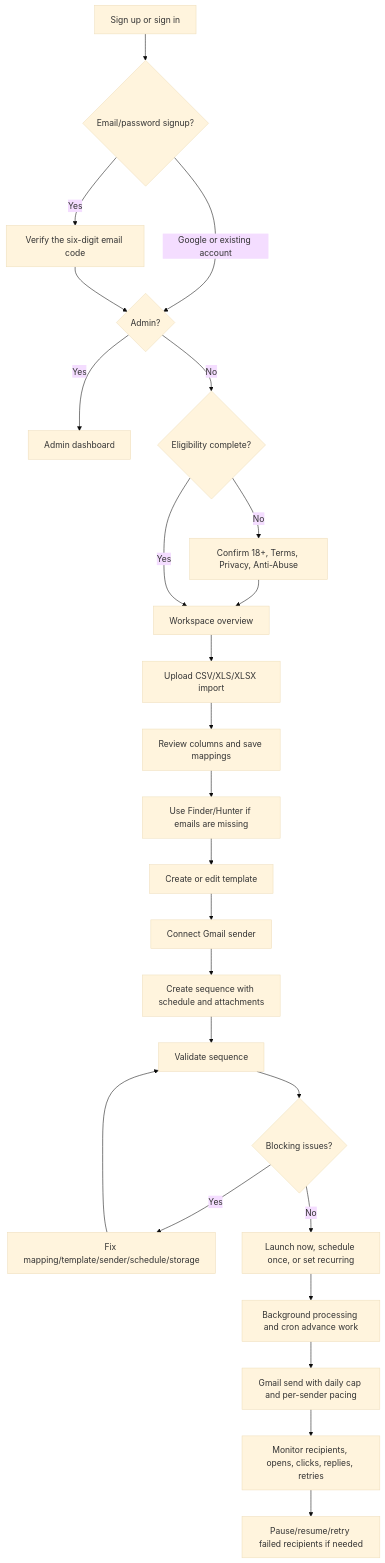
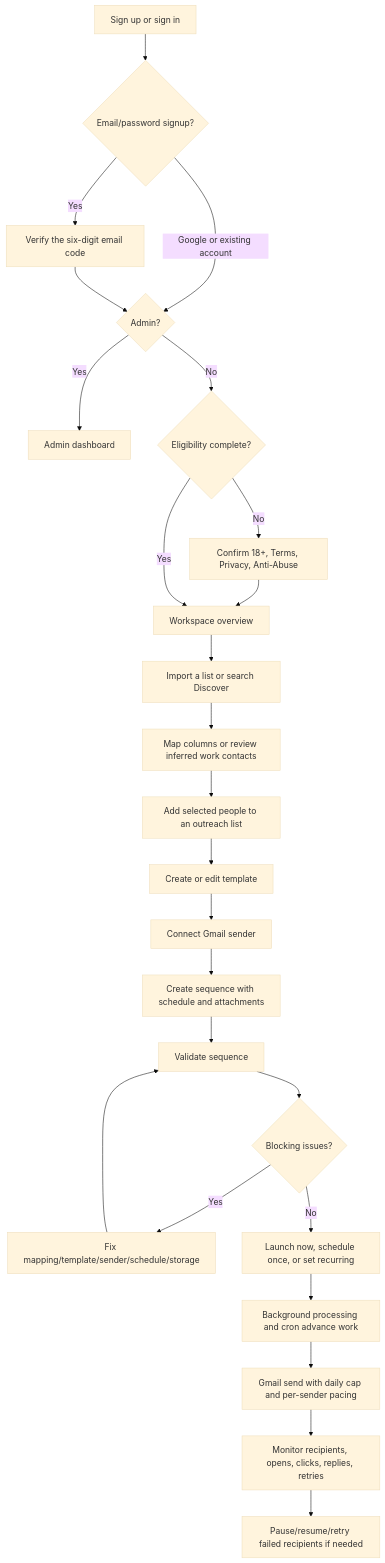
The third of 13 diagrams in DOCUMENTATION.md (ka8540/Sendloom), drawn with Mermaid (base theme) before and after one commit. The commit also changed other lines of this file and 1 other file, not shown here.

Commit message:
Document Finder and Hunter UI hold

````diff
--- a/DOCUMENTATION.md
+++ b/DOCUMENTATION.md
@@ -413,27 +416,27 @@
 ```mermaid
 flowchart TD
     A["Sign up or sign in"] --> V{"Email/password signup?"}
     V -->|Yes| W["Verify the six-digit email code"]
     V -->|Google or existing account| B{"Admin?"}
     W --> B
     B -->|Yes| C["Admin dashboard"]
     B -->|No| D{"Eligibility complete?"}
     D -->|No| E["Confirm 18+, Terms, Privacy, Anti-Abuse"]
     E --> F["Workspace overview"]
     D -->|Yes| F
-    F --> G["Upload CSV/XLS/XLSX import"]
-    G --> H["Review columns and save mappings"]
-    H --> I["Use Finder/Hunter if emails are missing"]
+    F --> G["Import a list or search Discover"]
+    G --> H["Map columns or review inferred work contacts"]
+    H --> I["Add selected people to an outreach list"]
     I --> J["Create or edit template"]
     J --> K["Connect Gmail sender"]
     K --> L["Create sequence with schedule and attachments"]
     L --> M["Validate sequence"]
     M --> N{"Blocking issues?"}
     N -->|Yes| O["Fix mapping/template/sender/schedule/storage"]
     O --> M
     N -->|No| P["Launch now, schedule once, or set recurring"]
     P --> Q["Background processing and cron advance work"]
     Q --> R["Gmail send with daily cap and per-sender pacing"]
     R --> S["Monitor recipients, opens, clicks, replies, retries"]
     S --> T["Pause/resume/retry failed recipients if needed"]
 ```
````
